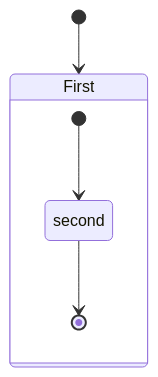
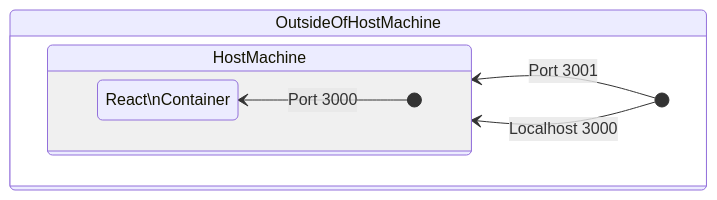
The first of 2 diagrams in README.md (brandonwie/practice-dockerize-reactjs), drawn with Mermaid before and after one commit. The commit also changed other lines of this file and 2 other files, not shown here.

````diff
--- a/README.md
+++ b/README.md
@@ -75,8 +94,13 @@
 ```mermaid
 stateDiagram-v2
-    [*] --> First
-    state First {
-        [*] --> second
-        second --> [*]
+    state OutsideOfHostMachine {
+        direction RL
+        [*] --> HostMachine: Port 3001
+        state HostMachine {
+            direction RL
+            yswsii:React\nContainer
+            [*]-->yswsii: Port 3000
+        }
+        [*] --> HostMachine: Localhost 3000
     }
 ```
````
